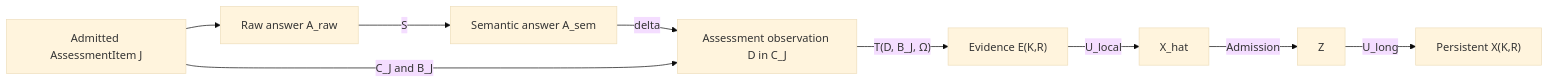
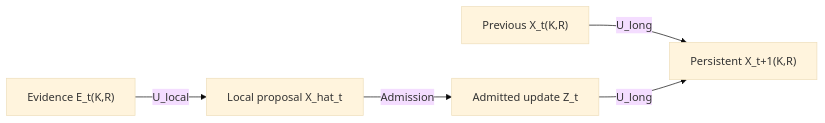
One commit to thatao72/three-twin-docs changed the sixth of 7 diagrams in content/architecture.md. Above: the diagram before and after it, drawn with Mermaid (base theme). The commit also changed other lines of this file, not shown here.

Commit message:
Rewrite architecture overview for current mathematical model

````diff
--- a/content/architecture.md
+++ b/content/architecture.md
@@ -392,20 +428,12 @@
 ```mermaid
 flowchart LR
-    J["Admitted AssessmentItem J"]
-    AR["Raw answer A_raw"]
-    AS["Semantic answer A_sem"]
-    D["Assessment observation D in C_J"]
-    E["Evidence E(K,R)"]
-    XH["X_hat"]
-    Z["Z"]
-    X["Persistent X(K,R)"]
+    E["Evidence E_t(K,R)"]
+    XH["Local proposal X_hat_t"]
+    Z["Admitted update Z_t"]
+    X0["Previous X_t(K,R)"]
+    X1["Persistent X_t+1(K,R)"]
 
-    J --> AR
-    AR -->|"S"| AS
-    AS -->|"delta"| D
-    J -->|"C_J and B_J"| D
-    D -->|"T(D, B_J, Ω)"| E
-    E -->|"U_local"| XH
-    XH -->|"Admission"| Z
-    Z -->|"U_long"| X
+    E -->|"U_local"| XH -->|"Admission"| Z
+    X0 -->|"U_long"| X1
+    Z -->|"U_long"| X1
 ```
````
